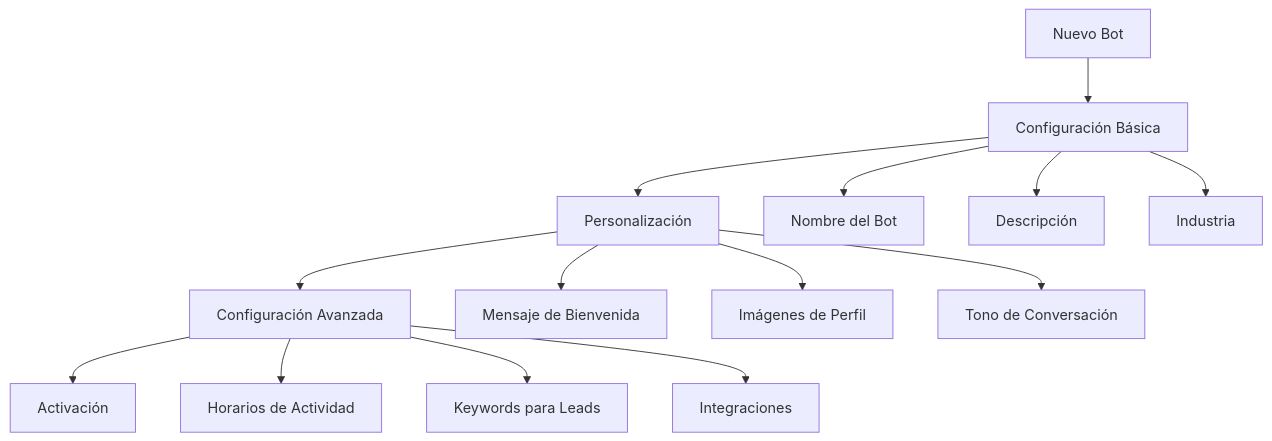
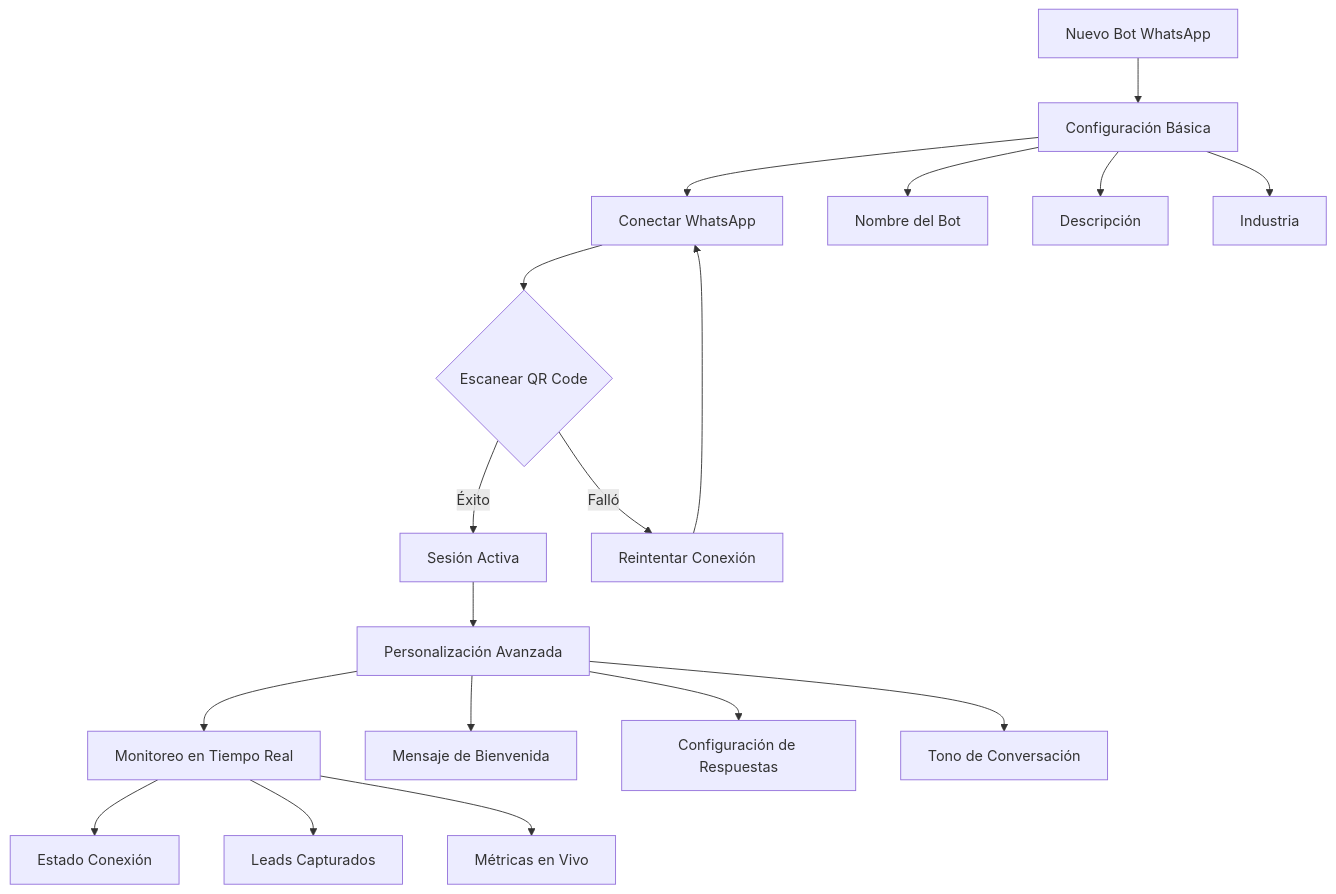
Before and after one commit to da4vid864/bots: the fifth of 7 diagrams in client_journey_flow.md, drawn with Mermaid. The commit also changed other lines of this file and 39 other files, not shown here.

````diff
--- a/client_journey_flow.md
+++ b/client_journey_flow.md
@@ -110,19 +119,23 @@
 ```mermaid
 flowchart TD
-    A[Nuevo Bot] --> B[Configuración Básica]
-    B --> C[Personalización]
-    C --> D[Configuración Avanzada]
-    D --> E[Activación]
+    A[Nuevo Bot WhatsApp] --> B[Configuración Básica]
+    B --> C[Conectar WhatsApp]
+    C --> D{Escanear QR Code}
+    D -->|Éxito| E[Sesión Activa]
+    D -->|Falló| F[Reintentar Conexión]
+    F --> C
+    E --> G[Personalización Avanzada]
+    G --> H[Monitoreo en Tiempo Real]
     
     B --> B1[Nombre del Bot]
     B --> B2[Descripción]
     B --> B3[Industria]
     
-    C --> C1[Mensaje de Bienvenida]
-    C --> C2[Imágenes de Perfil]
-    C --> C3[Tono de Conversación]
+    G --> G1[Mensaje de Bienvenida]
+    G --> G2[Configuración de Respuestas]
+    G --> G3[Tono de Conversación]
     
-    D --> D1[Horarios de Actividad]
-    D --> D2[Keywords para Leads]
-    D --> D3[Integraciones]
+    H --> H1[Estado Conexión]
+    H --> H2[Leads Capturados]
+    H --> H3[Métricas en Vivo]
 ```
````
